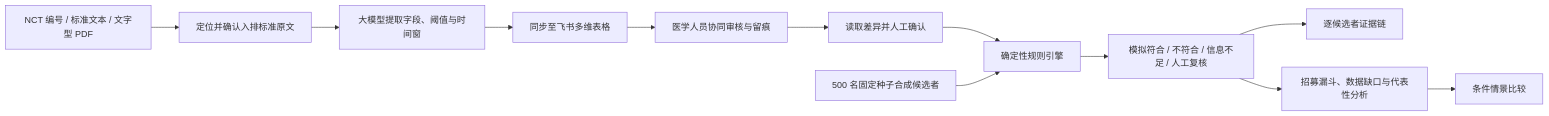
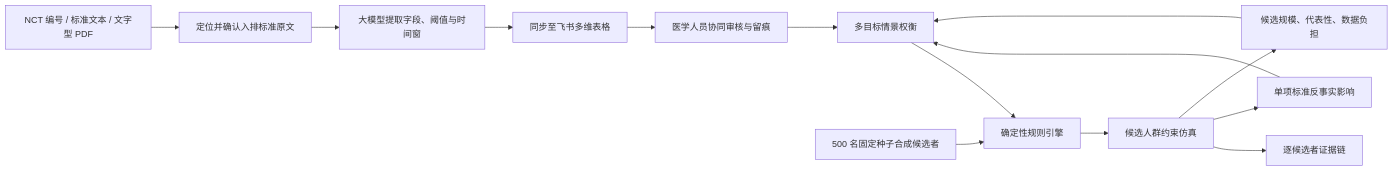
One commit to liziyaaa/TrialScopeAI changed the diagram in README.md. Above: the diagram before and after it, drawn with Mermaid. The commit also changed other lines of this file and 8 other files, not shown here.

````diff
--- a/README.md
+++ b/README.md
@@ -29,14 +29,16 @@
 ```mermaid
 flowchart LR
     A["NCT 编号 / 标准文本 / 文字型 PDF"] --> B["定位并确认入排标准原文"]
     B --> C["大模型提取字段、阈值与时间窗"]
     C --> D["同步至飞书多维表格"]
     D --> E["医学人员协同审核与留痕"]
     E --> K["读取差异并人工确认"]
     K --> L["确定性规则引擎"]
     F["500 名固定种子合成候选者"] --> L
-    L --> G["模拟符合 / 不符合 / 信息不足 / 人工复核"]
+    L --> G["候选人群约束仿真"]
     G --> H["逐候选者证据链"]
-    G --> I["招募漏斗、数据缺口与代表性分析"]
-    I --> J["条件情景比较"]
+    G --> I["单项标准反事实影响"]
+    G --> J["候选规模、代表性、数据负担"]
+    I --> K["多目标情景权衡"]
+    J --> K
 ```
````
